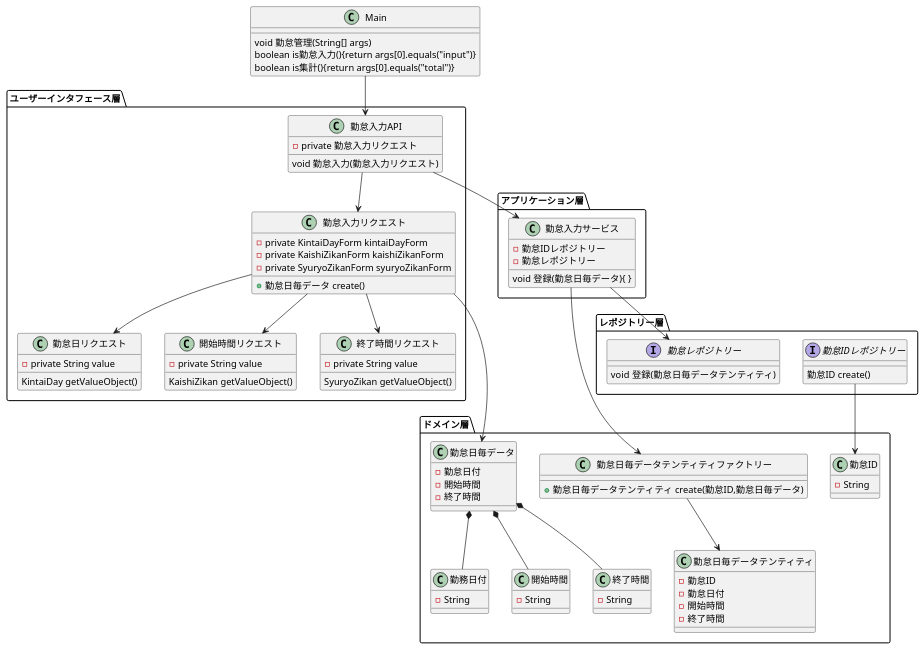
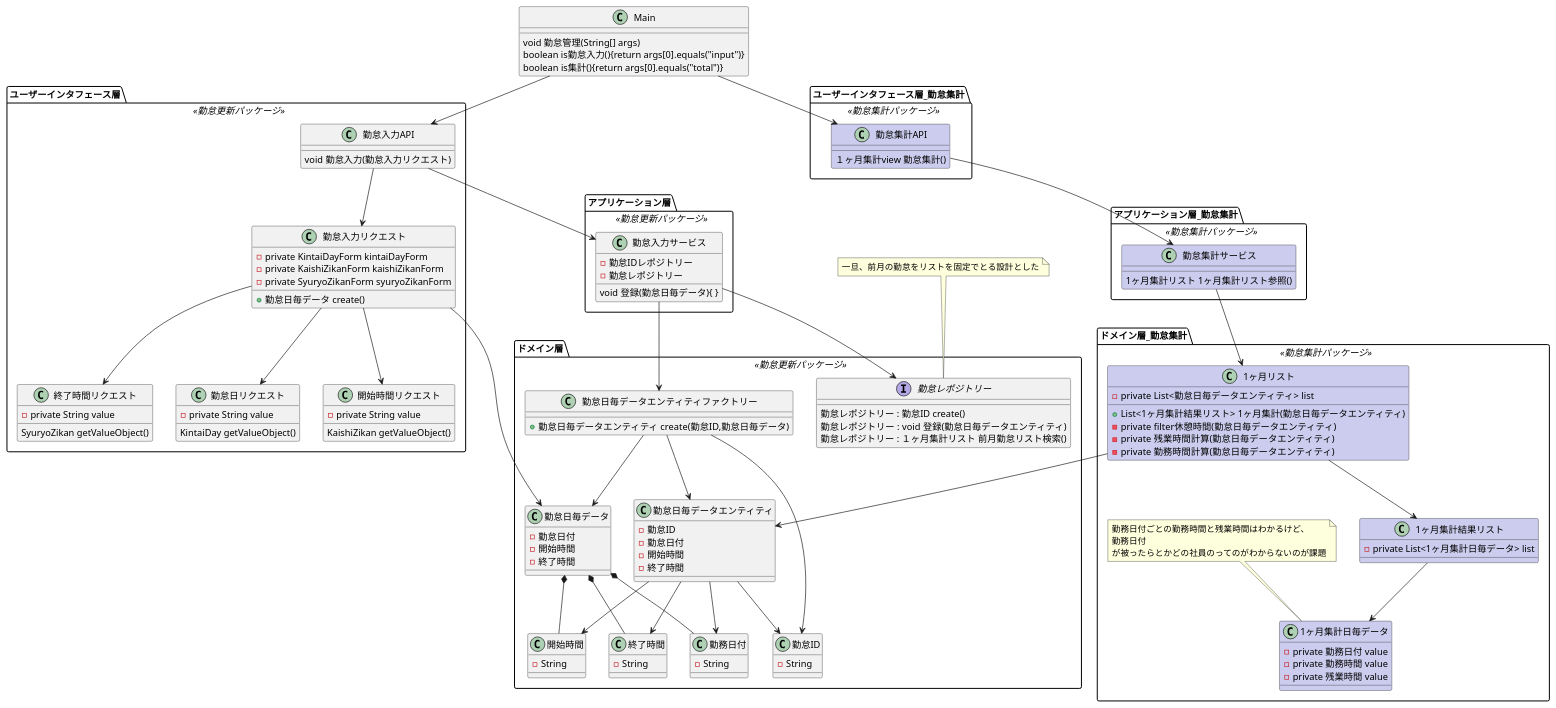
One commit to sekiguchihiroki/mendydydy changed the diagram in doc/勤怠.puml. Above: the diagram before and after it, drawn with PlantUML. The commit also changed 1 other file, not shown here.

```diff
--- a/doc/勤怠.puml
+++ b/doc/勤怠.puml
@@ -1,115 +1,165 @@
 @startuml
 
 
 class Main {
   void 勤怠管理(String[] args)
   boolean is勤怠入力(){return args[0].equals("input")}
   boolean is集計(){return args[0].equals("total")}
 }
 
-package ユーザーインタフェース層 <<Folder>> {
+package ユーザーインタフェース層 <<勤怠更新パッケージ>> {
  Main --> 勤怠入力API
  勤怠入力API -->  勤怠入力リクエスト
  勤怠入力リクエスト -->  勤怠日リクエスト
  勤怠入力リクエスト -->  開始時間リクエスト
  勤怠入力リクエスト -->  終了時間リクエスト
 
 class 勤怠入力API {
-  -private 勤怠入力リクエスト
   void 勤怠入力(勤怠入力リクエスト)
  }
 
 class 勤怠入力リクエスト {
   -private KintaiDayForm kintaiDayForm
   -private KaishiZikanForm kaishiZikanForm
   -private SyuryoZikanForm syuryoZikanForm
   +勤怠日毎データ create()
  }
 
 class 勤怠日リクエスト {
   -private String value
   KintaiDay getValueObject()
  }
 
-class 開始時間リクエスト {
+class 開始時間リクエスト{
   -private String value
   KaishiZikan getValueObject()
  }
 
 class 終了時間リクエスト {
   -private String value
   SyuryoZikan getValueObject()
  }
 
 }
 
 
-package アプリケーション層 <<Folder>> {
+package アプリケーション層 <<勤怠更新パッケージ>> {
 勤怠入力API --> 勤怠入力サービス
 class 勤怠入力サービス {
   -勤怠IDレポジトリー
   -勤怠レポジトリー
   void 登録(勤怠日毎データ){ }
 
  }
 
 }
 
-package ドメイン層 <<Folder>> {
+package ドメイン層 <<勤怠更新パッケージ>> {
   勤怠日毎データ *-- 勤務日付
   勤怠日毎データ *-- 開始時間
   勤怠日毎データ *-- 終了時間
   勤怠入力リクエスト -->  勤怠日毎データ
-  勤怠入力サービス --> 勤怠日毎データテンティティファクトリー
+  勤怠入力サービス --> 勤怠日毎データエンティティファクトリー
+  勤怠日毎データエンティティファクトリー --> 勤怠ID
+  勤怠日毎データエンティティファクトリー --> 勤怠日毎データ
+  勤怠日毎データエンティティファクトリー --> 勤怠日毎データエンティティ
+  勤怠入力サービス --> 勤怠レポジトリー
+  勤怠日毎データエンティティ --> 勤怠ID
+  勤怠日毎データエンティティ --> 勤務日付
+  勤怠日毎データエンティティ --> 開始時間
+  勤怠日毎データエンティティ --> 終了時間
 
 
-class 勤怠日毎データテンティティファクトリー {
-  +勤怠日毎データテンティティ create(勤怠ID,勤怠日毎データ)
+class 勤怠日毎データエンティティファクトリー {
+  +勤怠日毎データエンティティ create(勤怠ID,勤怠日毎データ)
 
 }
 
 class 勤怠日毎データ {
   -勤怠日付
   -開始時間
   -終了時間
 }
 
-class 勤怠日毎データテンティティ {
+class 勤怠日毎データエンティティ {
   -勤怠ID
   -勤怠日付
   -開始時間
   -終了時間
 }
 
 class 勤怠ID {
   -String
  }
 
 class 勤務日付 {
   -String
  }
 
 class 開始時間 {
   -String
  }
 
 class 終了時間 {
   -String
  }
 
+interface 勤怠レポジトリー{
+勤怠レポジトリー : 勤怠ID create()
+勤怠レポジトリー : void 登録(勤怠日毎データエンティティ)
+勤怠レポジトリー : １ヶ月集計リスト 前月勤怠リスト検索()
 }
 
-package レポジトリー層 <<Folder>> {
-勤怠IDレポジトリー --> 勤怠ID
-勤怠日毎データテンティティファクトリー --> 勤怠日毎データテンティティ
-勤怠入力サービス --> 勤怠レポジトリー
+}
+note top
+  一旦、前月の勤怠をリストを固定でとる設計とした
+end note
 
+package ユーザーインタフェース層_勤怠集計 <<勤怠集計パッケージ>> {
+ Main --> 勤怠集計API
 
-interface 勤怠レポジトリー
-勤怠レポジトリー : void 登録(勤怠日毎データテンティティ)
+class 勤怠集計API #CCCCEE {
+  １ヶ月集計view 勤怠集計()
+ }
+}
 
-interface 勤怠IDレポジトリー
-勤怠IDレポジトリー : 勤怠ID create()
+package アプリケーション層_勤怠集計 <<勤怠集計パッケージ>> {
+勤怠集計API --> 勤怠集計サービス
+
+class 勤怠集計サービス #CCCCEE {
+  1ヶ月集計リスト 1ヶ月集計リスト参照()
+
+ }
+}
+package ドメイン層_勤怠集計 <<勤怠集計パッケージ>> {
+勤怠集計サービス -->  1ヶ月リスト
+1ヶ月リスト -->  勤怠日毎データエンティティ
+1ヶ月リスト -->  1ヶ月集計結果リスト
+1ヶ月集計結果リスト -->  1ヶ月集計日毎データ
+
+class 1ヶ月リスト #CCCCEE {
+  -private List<勤怠日毎データエンティティ> list
+  + List<1ヶ月集計結果リスト> 1ヶ月集計(勤怠日毎データエンティティ)
+  - private filter休憩時間(勤怠日毎データエンティティ)
+  - private 残業時間計算(勤怠日毎データエンティティ)
+  - private 勤務時間計算(勤怠日毎データエンティティ)
+ }
+
+ class 1ヶ月集計結果リスト #CCCCEE {
+   -private List<1ヶ月集計日毎データ> list
+  }
+ class 1ヶ月集計日毎データ #CCCCEE {
+   -private 勤務日付 value
+   -private 勤務時間 value
+   -private 残業時間 value
+
+  }
+  note top
+    勤務日付ごとの勤務時間と残業時間はわかるけど、
+    勤務日付
+    が被ったらとかどの社員のってのがわからないのが課題
+  end note
+
 }
 
 @enduml
```
